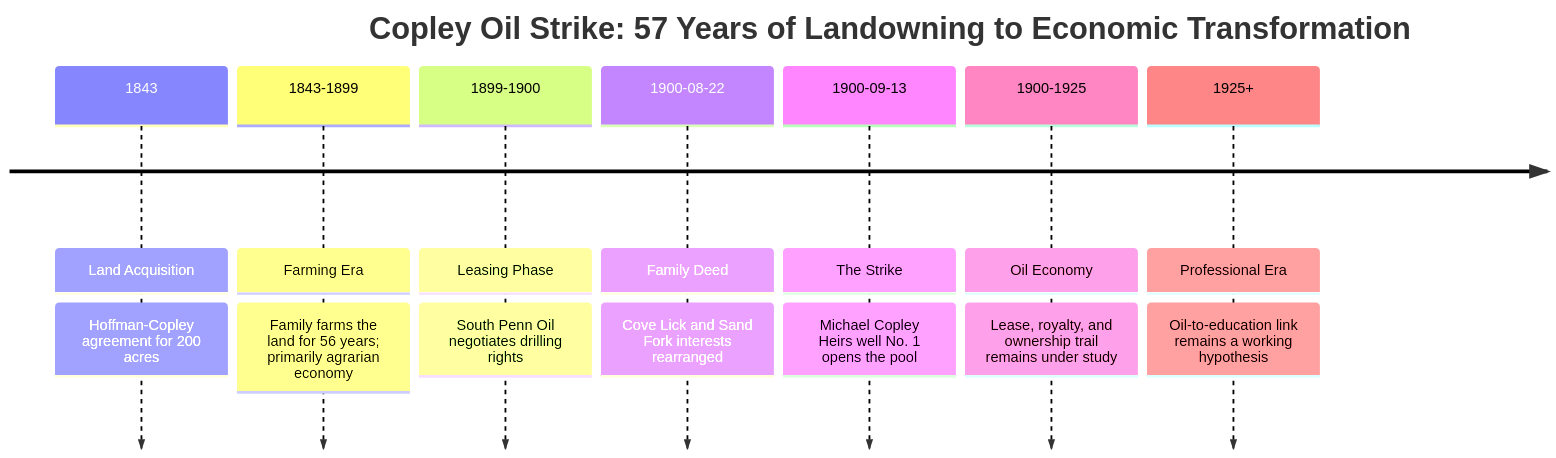
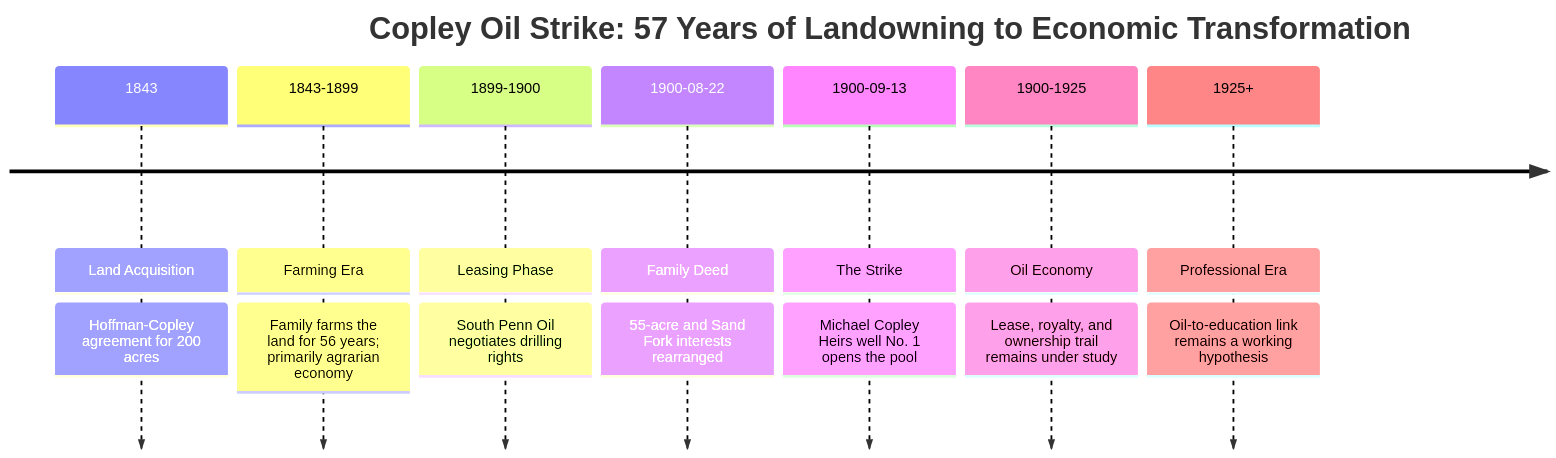
One commit to zcopley/copley-family-research changed the diagram in Topics/1900 Copley Oil Strike.md. Above: the diagram before and after it, drawn with Mermaid. The commit also changed other lines of this file and 18 other files, not shown here.

````diff
--- a/Topics/1900 Copley Oil Strike.md
+++ b/Topics/1900 Copley Oil Strike.md
@@ -46,12 +46,12 @@
 ```mermaid
 timeline
     title Copley Oil Strike: 57 Years of Landowning to Economic Transformation
     
     1843 : Land Acquisition : Hoffman-Copley agreement for 200 acres
     1843-1899 : Farming Era : Family farms the land for 56 years; primarily agrarian economy
     1899-1900 : Leasing Phase : South Penn Oil negotiates drilling rights
-    1900-08-22 : Family Deed : Cove Lick and Sand Fork interests rearranged
+    1900-08-22 : Family Deed : 55-acre and Sand Fork interests rearranged
     1900-09-13 : The Strike : Michael Copley Heirs well No. 1 opens the pool
     1900-1925 : Oil Economy : Lease, royalty, and ownership trail remains under study
     1925+ : Professional Era : Oil-to-education link remains a working hypothesis
 ```
````
